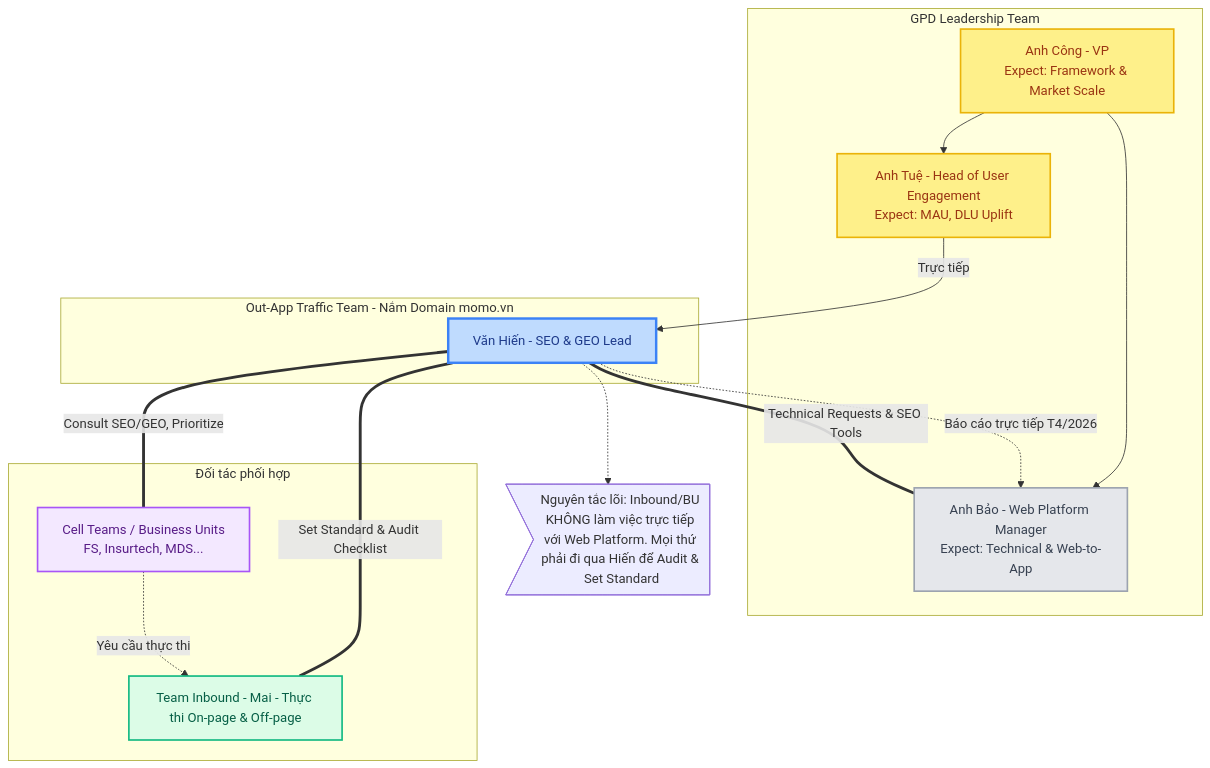
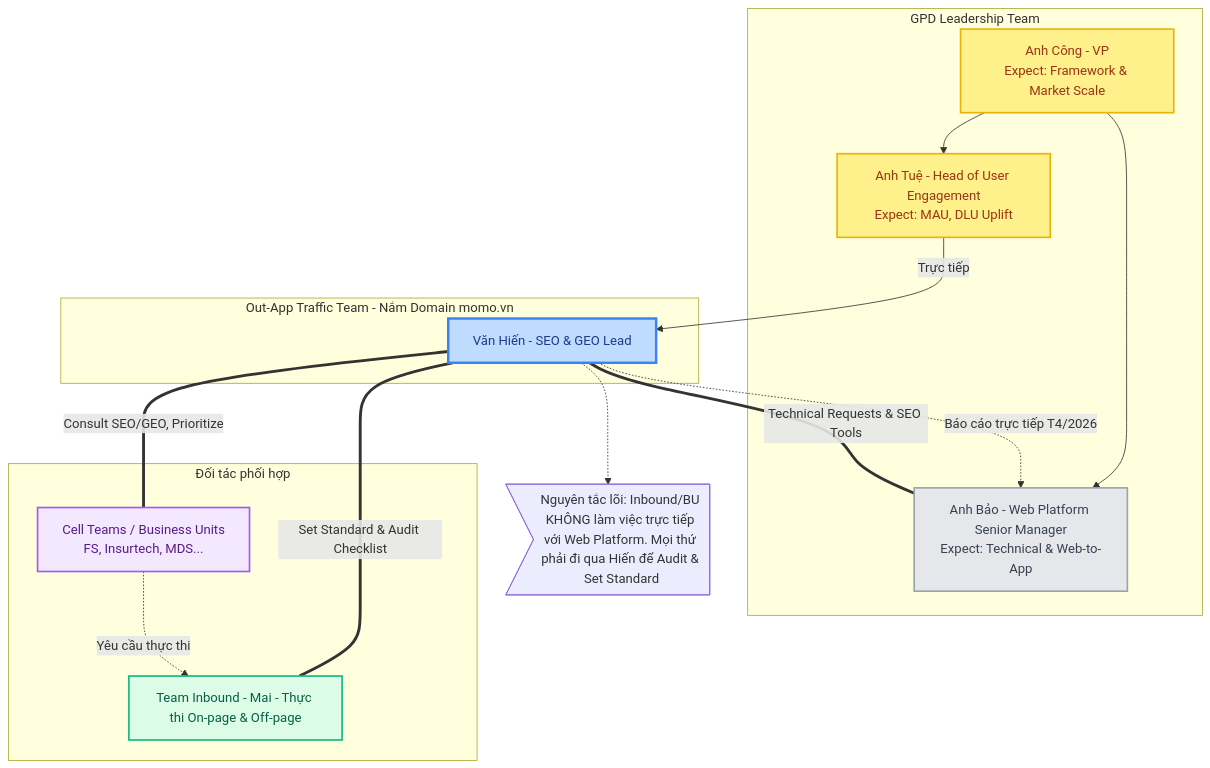
The first of 2 diagrams in 00_Context_Identity/hienho-momo-master-doc.md (vanhien26/hienho-knowledgebase), drawn with Mermaid before and after one commit. The commit also changed other lines of this file, not shown here.

First line of the commit message:
Update Web Platform team structure and project ownership (v2.4)

````diff
--- a/00_Context_Identity/hienho-momo-master-doc.md
+++ b/00_Context_Identity/hienho-momo-master-doc.md
@@ -119,42 +119,42 @@
 ```mermaid
 flowchart TD
     %% Define styles
     classDef leadership fill:#fef08a,stroke:#eab308,stroke-width:2px,color:#9a3412
     classDef hien fill:#bfdbfe,stroke:#3b82f6,stroke-width:3px,color:#1e3a8a
     classDef tech fill:#e5e7eb,stroke:#9ca3af,stroke-width:2px,color:#374151
     classDef inbound fill:#dcfce7,stroke:#10b981,stroke-width:2px,color:#065f46
     classDef bu fill:#f3e8ff,stroke:#a855f7,stroke-width:2px,color:#581c87
     
     subgraph Leadership[GPD Leadership Team]
         Cong[Anh Công - VP\nExpect: Framework & Market Scale]:::leadership
         Tue[Anh Tuệ - Head of User Engagement\nExpect: MAU, DLU Uplift]:::leadership
-        Bao[Anh Bảo - Web Platform Manager\nExpect: Technical & Web-to-App]:::tech
+        Bao[Anh Bảo - Web Platform Senior Manager\nExpect: Technical & Web-to-App]:::tech
         
         Cong --> Tue
         Cong --> Bao
     end
 
     subgraph OutApp[Out-App Traffic Team - Nắm Domain momo.vn]
         Hien[Văn Hiến - SEO & GEO Lead]:::hien
     end
     
     %% Reporting lines
     Tue -->|Trực tiếp| Hien
     Hien -.->|Báo cáo trực tiếp T4/2026| Bao
 
     subgraph Stakeholders[Đối tác phối hợp]
         Inbound[Team Inbound - Mai - Thực thi On-page & Off-page]:::inbound
         BU[Cell Teams / Business Units\nFS, Insurtech, MDS...]:::bu
     end
 
     %% Interactions
     Hien ===|Technical Requests & SEO Tools| Bao
     Hien ===|Set Standard & Audit Checklist| Inbound
     Hien ===|Consult SEO/GEO, Prioritize| BU
     
     BU -.->|Yêu cầu thực thi| Inbound
     
     %% Note
     note1>Nguyên tắc lõi: Inbound/BU KHÔNG làm việc trực tiếp với Web Platform. Mọi thứ phải đi qua Hiến để Audit & Set Standard]
     Hien -.-> note1
 ```
````
